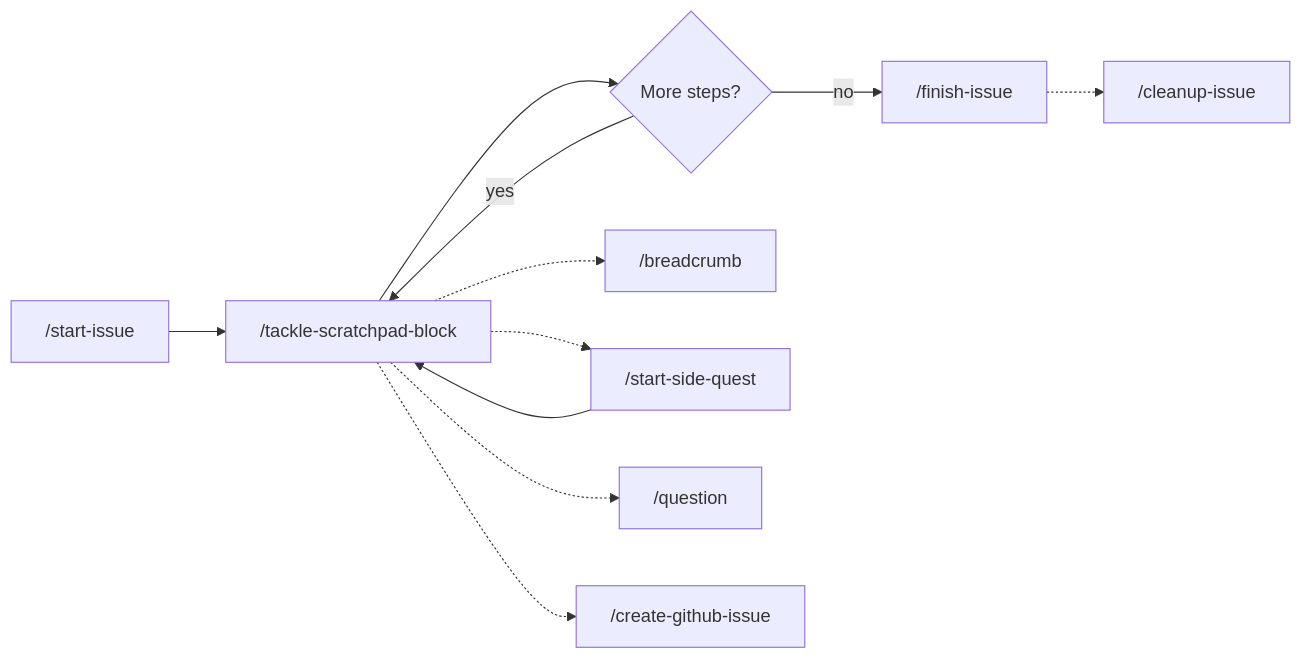
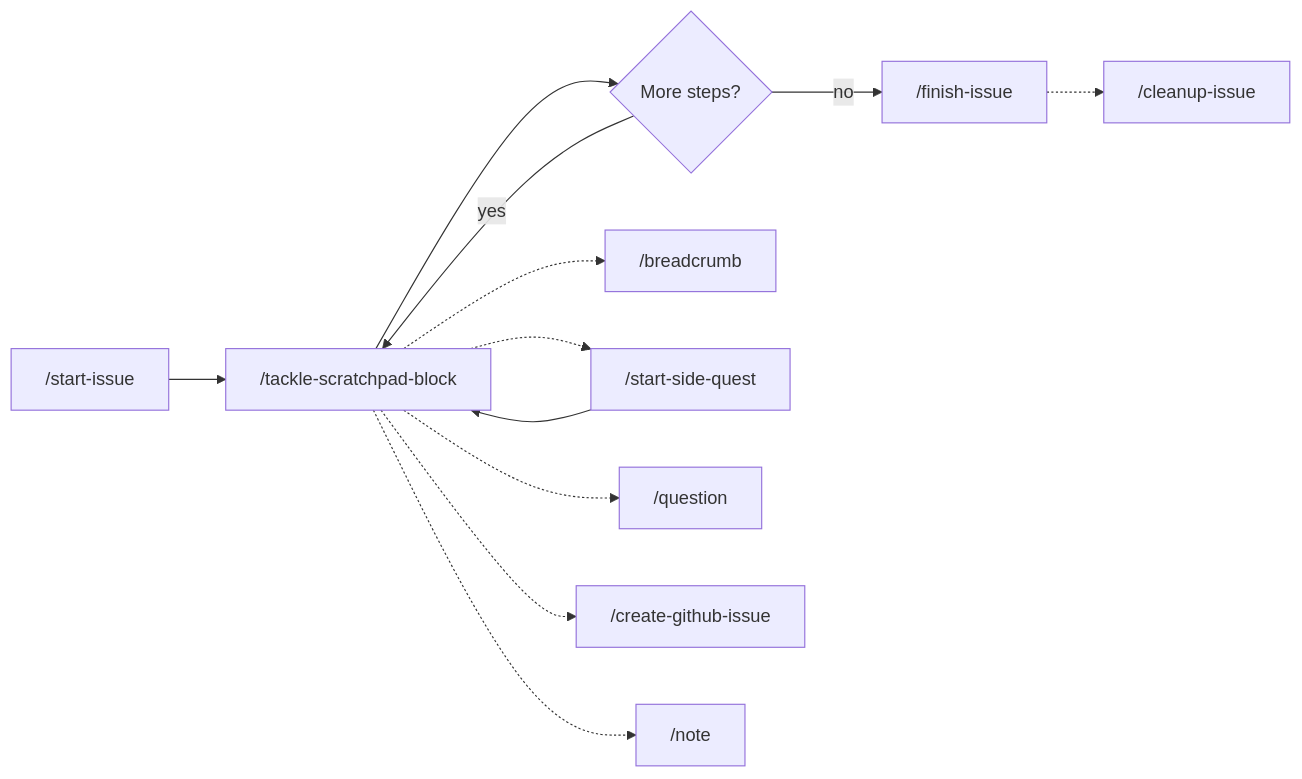
Before and after one commit to couimet/my-claude-skills: the diagram in README.md, drawn with Mermaid. The commit also changed other lines of this file and 6 other files, not shown here.

````diff
--- a/README.md
+++ b/README.md
@@ -133,13 +133,14 @@
 ```mermaid
 graph LR
     A["/start-issue"] --> B["/tackle-scratchpad-block"]
     B --> C{More steps?}
     C -- yes --> B
     C -- no --> D["/finish-issue"]
     B -.-> E["/breadcrumb"]
     B -.-> F["/start-side-quest"]
     B -.-> G["/question"]
     B -.-> I["/create-github-issue"]
+    B -.-> J["/note"]
     F --> B
     D -.-> H["/cleanup-issue"]
 ```
````
